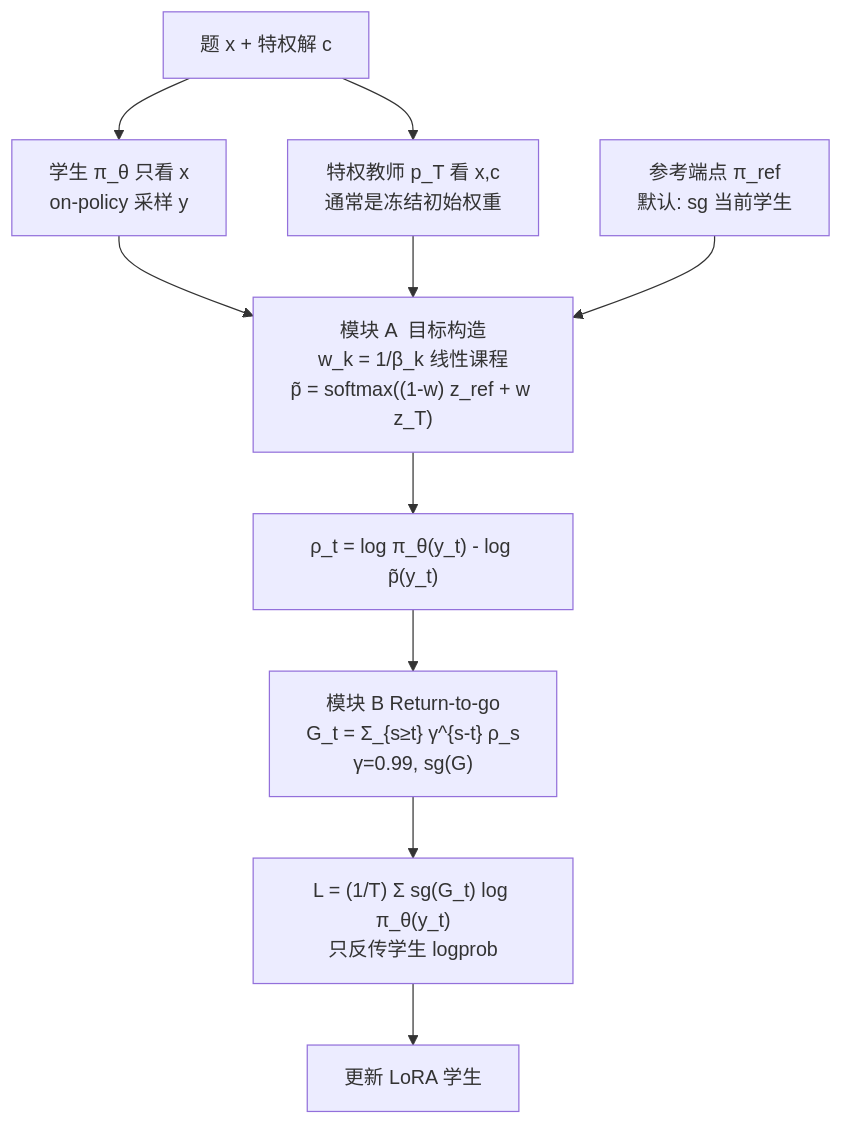
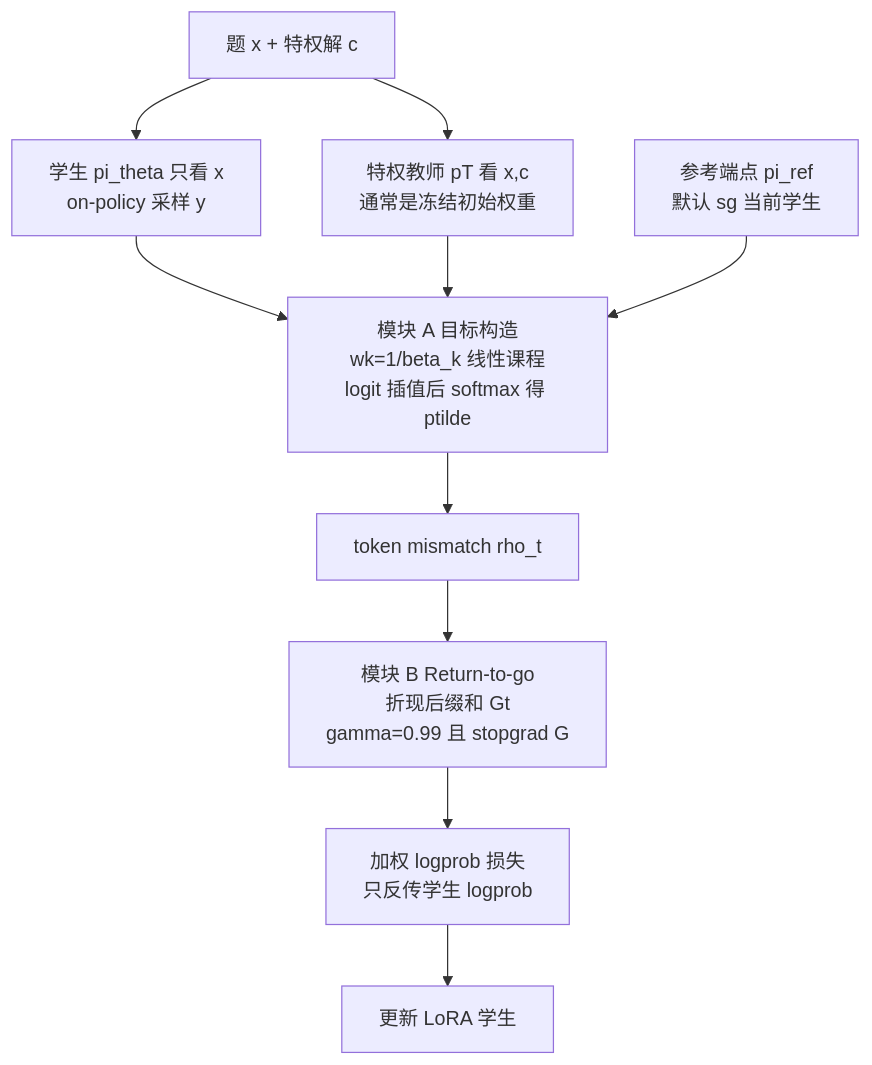
The diagram in docs/组会汇报_beta-OPSD.md (lying2020/agentic-rl-lab), drawn with Mermaid before and after one commit. The commit also changed other lines of this file and 189 other files, not shown here.

````diff
--- a/docs/组会汇报_beta-OPSD.md
+++ b/docs/组会汇报_beta-OPSD.md
@@ -131,13 +131,13 @@
 ```mermaid
 flowchart TB
-  X["题 x + 特权解 c"] --> S["学生 π_θ 只看 x<br/>on-policy 采样 y"]
-  X --> T["特权教师 p_T 看 x,c<br/>通常是冻结初始权重"]
+  X["题 x + 特权解 c"] --> S["学生 pi_theta 只看 x<br/>on-policy 采样 y"]
+  X --> T["特权教师 pT 看 x,c<br/>通常是冻结初始权重"]
   S --> Mix
   T --> Mix
-  Ref["参考端点 π_ref<br/>默认: sg 当前学生"] --> Mix
-  Mix["模块 A  目标构造<br/>w_k = 1/β_k 线性课程<br/>p̃ = softmax((1-w) z_ref + w z_T)"]
-  Mix --> Rho["ρ_t = log π_θ(y_t) - log p̃(y_t)"]
-  Rho --> B["模块 B  Return-to-go<br/>G_t = Σ_{s≥t} γ^{s-t} ρ_s<br/>γ=0.99, sg(G)"]
-  B --> L["L = (1/T) Σ sg(G_t) log π_θ(y_t)<br/>只反传学生 logprob"]
-  L --> Up["更新 LoRA 学生"]
+  Ref["参考端点 pi_ref<br/>默认 sg 当前学生"] --> Mix
+  Mix["模块 A 目标构造<br/>wk=1/beta_k 线性课程<br/>logit 插值后 softmax 得 ptilde"]
+  Mix --> Rho["token mismatch rho_t"]
+  Rho --> B["模块 B Return-to-go<br/>折现后缀和 Gt<br/>gamma=0.99 且 stopgrad G"]
+  B --> Loss["加权 logprob 损失<br/>只反传学生 logprob"]
+  Loss --> Up["更新 LoRA 学生"]
 ```
````
